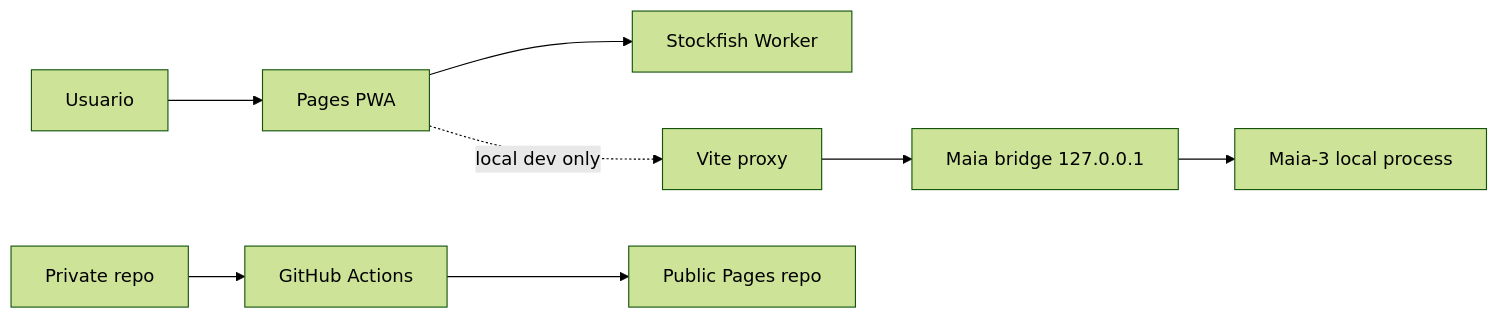
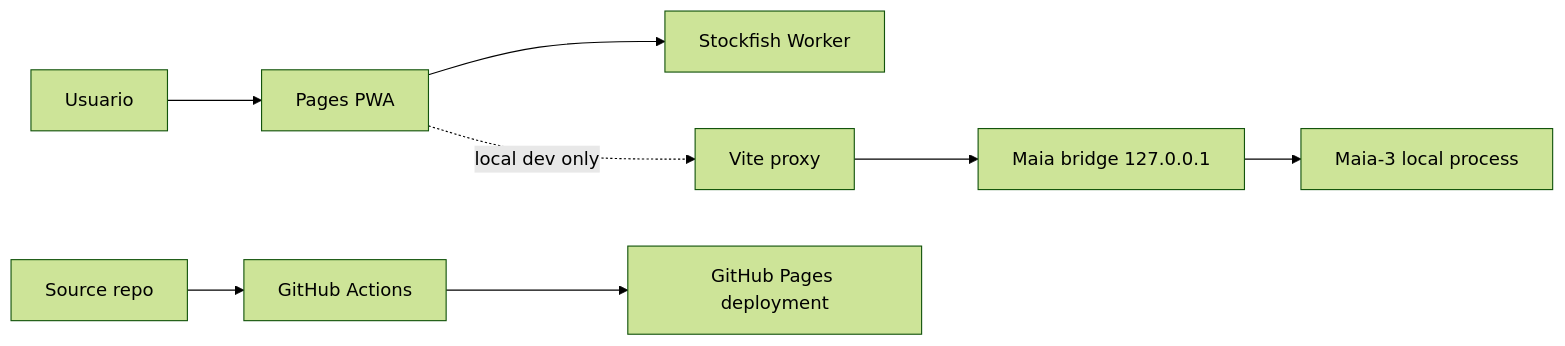
Before and after one commit to Pablobeas/chess-coach: the diagram in docs/proyecto-ajedrez-threat-model.md, drawn with Mermaid (forest theme). The commit also changed other lines of this file and 12 other files, not shown here.

Commit message:
ci: deploy demo with GitHub Pages

````diff
--- a/docs/proyecto-ajedrez-threat-model.md
+++ b/docs/proyecto-ajedrez-threat-model.md
@@ -73,10 +73,10 @@
 ```mermaid
 flowchart LR
   U[Usuario] --> P[Pages PWA]
   P --> W[Stockfish Worker]
   P -. local dev only .-> V[Vite proxy]
   V --> B[Maia bridge 127.0.0.1]
   B --> M[Maia-3 local process]
-  R[Private repo] --> A[GitHub Actions]
-  A --> G[Public Pages repo]
+  R[Source repo] --> A[GitHub Actions]
+  A --> G[GitHub Pages deployment]
 ```
````
